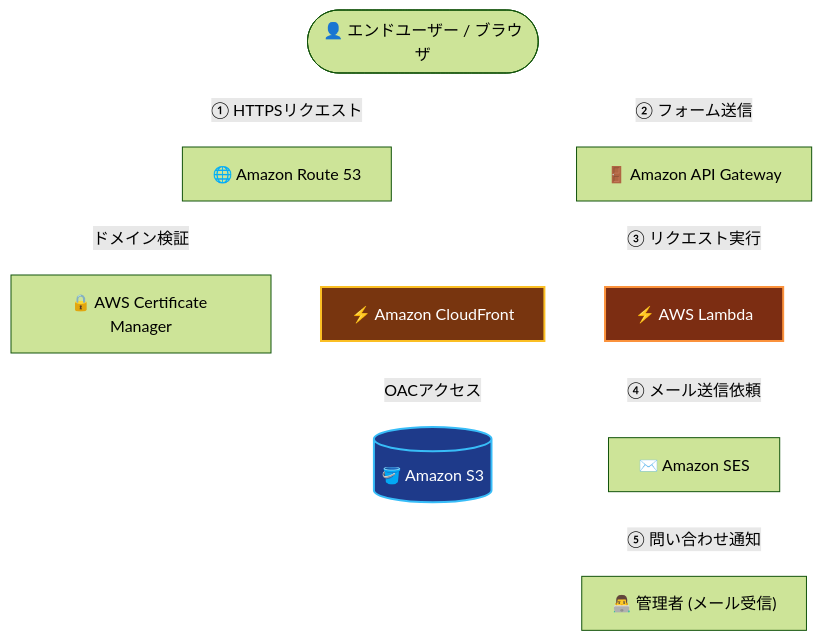
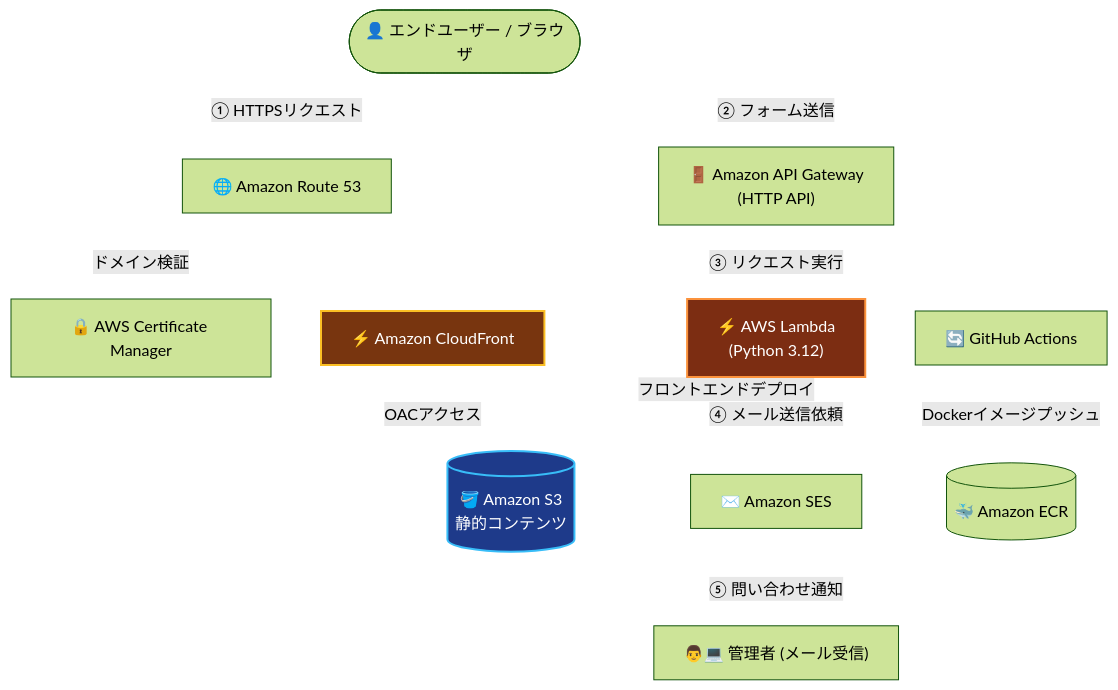
Before and after one commit to makotonic999/aws-serverless-corporate-site: the diagram in README.md, drawn with Mermaid (forest theme). The commit also changed other lines of this file and 2 other files, not shown here.

````diff
--- a/README.md
+++ b/README.md
@@ -25,30 +30,33 @@
 ```mermaid
 flowchart TD
     User(["👤 エンドユーザー / ブラウザ"])
     Route53["🌐 Amazon Route 53"]
     ACM["🔒 AWS Certificate Manager"]
     CloudFront["⚡ Amazon CloudFront"]
-    S3[("🪣 Amazon S3")]
-    APIGW["🚪 Amazon API Gateway"]
-    Lambda["⚡ AWS Lambda"]
+    S3[("🪣 Amazon S3\n静的コンテンツ")]
+    APIGW["🚪 Amazon API Gateway\n(HTTP API)"]
+    Lambda["⚡ AWS Lambda\n(Python 3.12)"]
     SES["✉️ Amazon SES"]
-    Admin["👨‍💻 管理者 (メール受信)"]
+    Admin["👨💻 管理者 (メール受信)"]
+    ECR[("🐳 Amazon ECR")]
+    GHA["🔄 GitHub Actions"]
 
     User -->|① HTTPSリクエスト| Route53
     Route53 -.->|ドメイン検証| ACM
     Route53 --> CloudFront
     CloudFront -->|OACアクセス| S3
-    
+
     User -->|② フォーム送信| APIGW
     APIGW -->|③ リクエスト実行| Lambda
     Lambda -->|④ メール送信依頼| SES
     SES -->|⑤ 問い合わせ通知| Admin
 
-    %% ▼ 全ての接続線（矢印）を白色にする設定 ▼
+    GHA -->|フロントエンドデプロイ| S3
+    GHA -->|Dockerイメージプッシュ| ECR
+
     linkStyle default stroke:#fff,stroke-width:2px;
-    
-    %% ノードの色も少し明るめに調整（お好みで）
+
     style S3 fill:#1E3A8A,stroke:#38BDF8,stroke-width:2px,color:#fff
     style CloudFront fill:#78350F,stroke:#FBBF24,stroke-width:2px,color:#fff
     style Lambda fill:#7C2D12,stroke:#FB923C,stroke-width:2px,color:#fff
 ```
````
